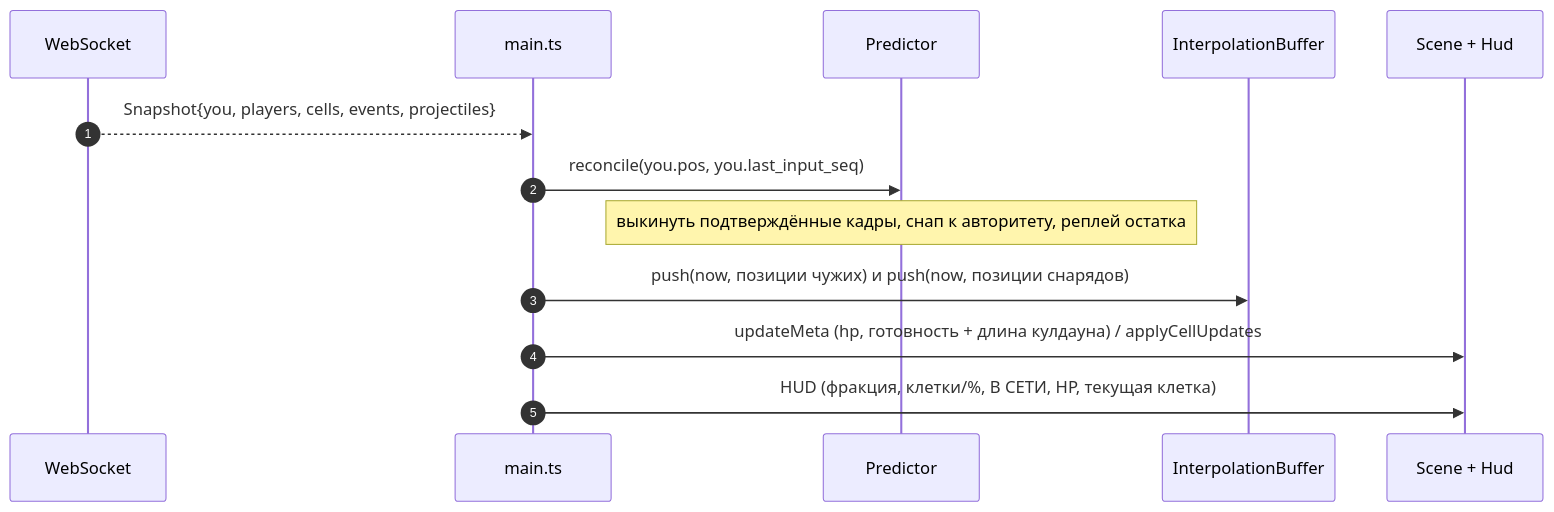
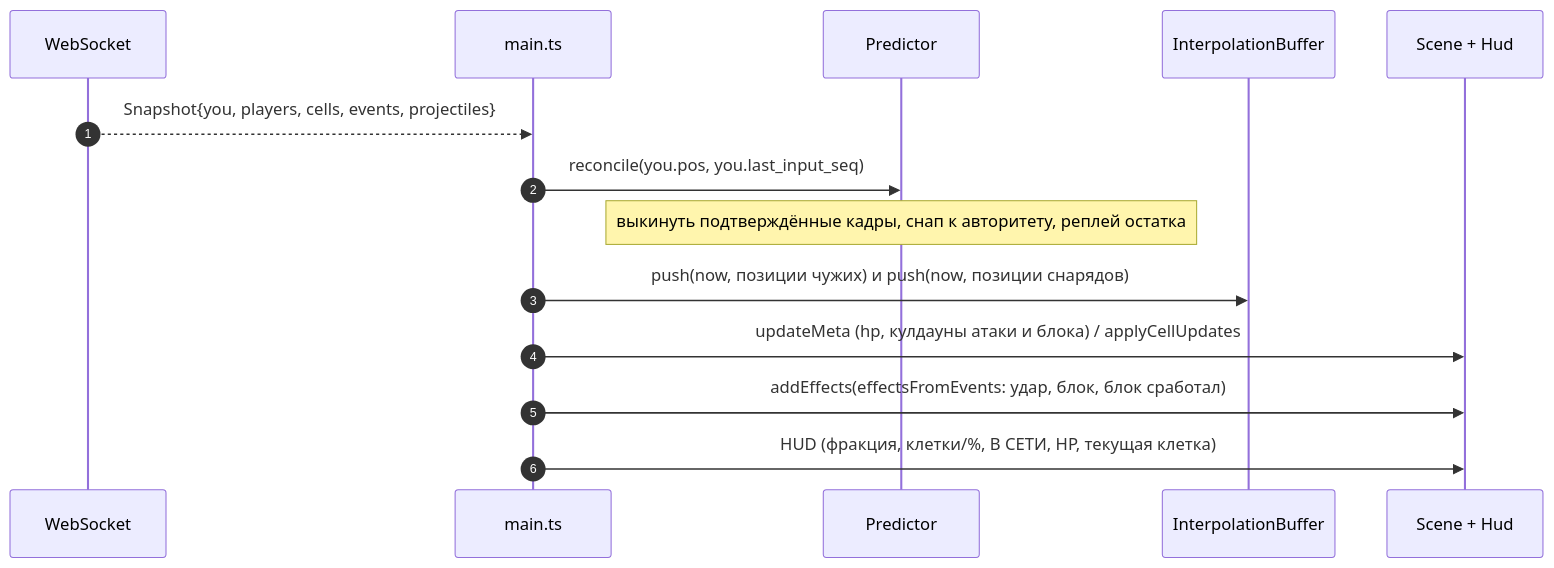
The third of 3 diagrams in client/docs/sequence-diagram.md (litcxx/Game), drawn with Mermaid before and after one commit. The commit also changed other lines of this file and 5 other files, not shown here.

````diff
--- a/client/docs/sequence-diagram.md
+++ b/client/docs/sequence-diagram.md
@@ -61,16 +61,17 @@
 ```mermaid
 sequenceDiagram
     autonumber
     participant ws as WebSocket
     participant main as main.ts
     participant pred as Predictor
     participant interp as InterpolationBuffer
     participant scene as Scene + Hud
 
     ws-->>main: Snapshot{you, players, cells, events, projectiles}
     main->>pred: reconcile(you.pos, you.last_input_seq)
     Note over pred: выкинуть подтверждённые кадры, снап к авторитету, реплей остатка
     main->>interp: push(now, позиции чужих) и push(now, позиции снарядов)
-    main->>scene: updateMeta (hp, готовность + длина кулдауна) / applyCellUpdates
+    main->>scene: updateMeta (hp, кулдауны атаки и блока) / applyCellUpdates
+    main->>scene: addEffects(effectsFromEvents: удар, блок, блок сработал)
     main->>scene: HUD (фракция, клетки/%, В СЕТИ, HP, текущая клетка)
 ```
````
